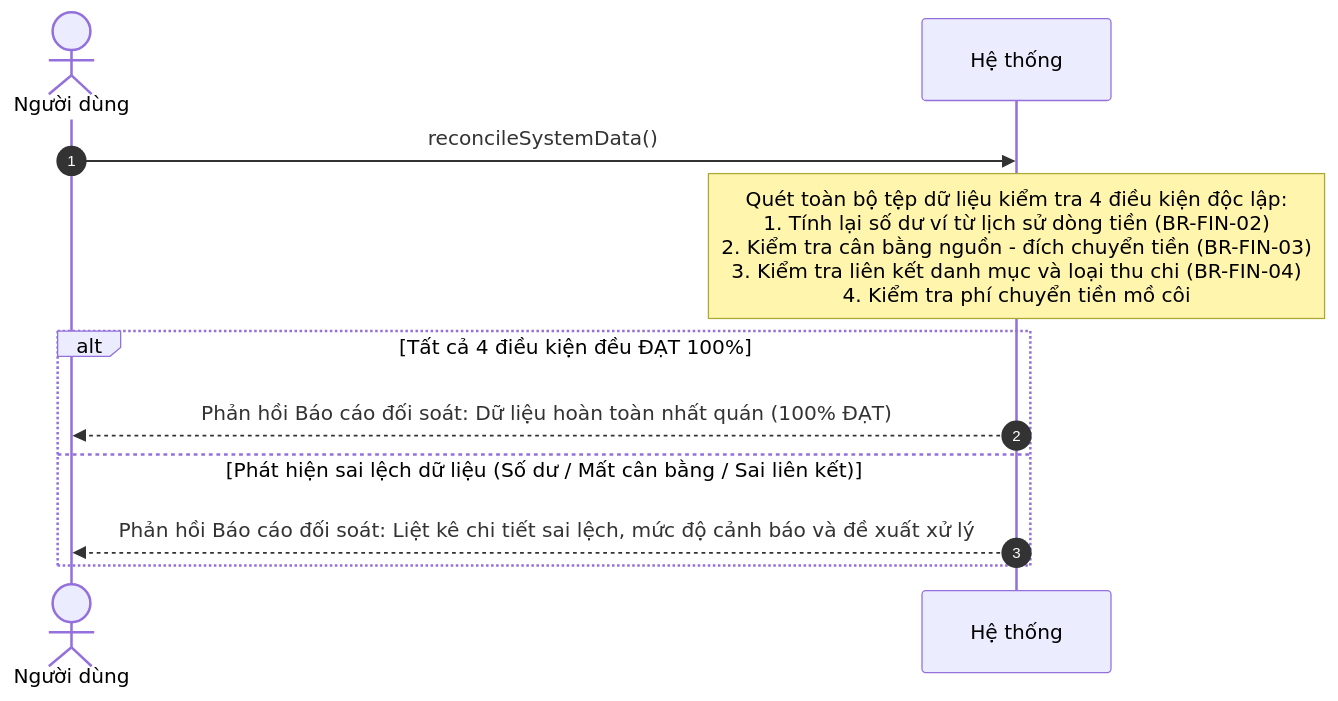
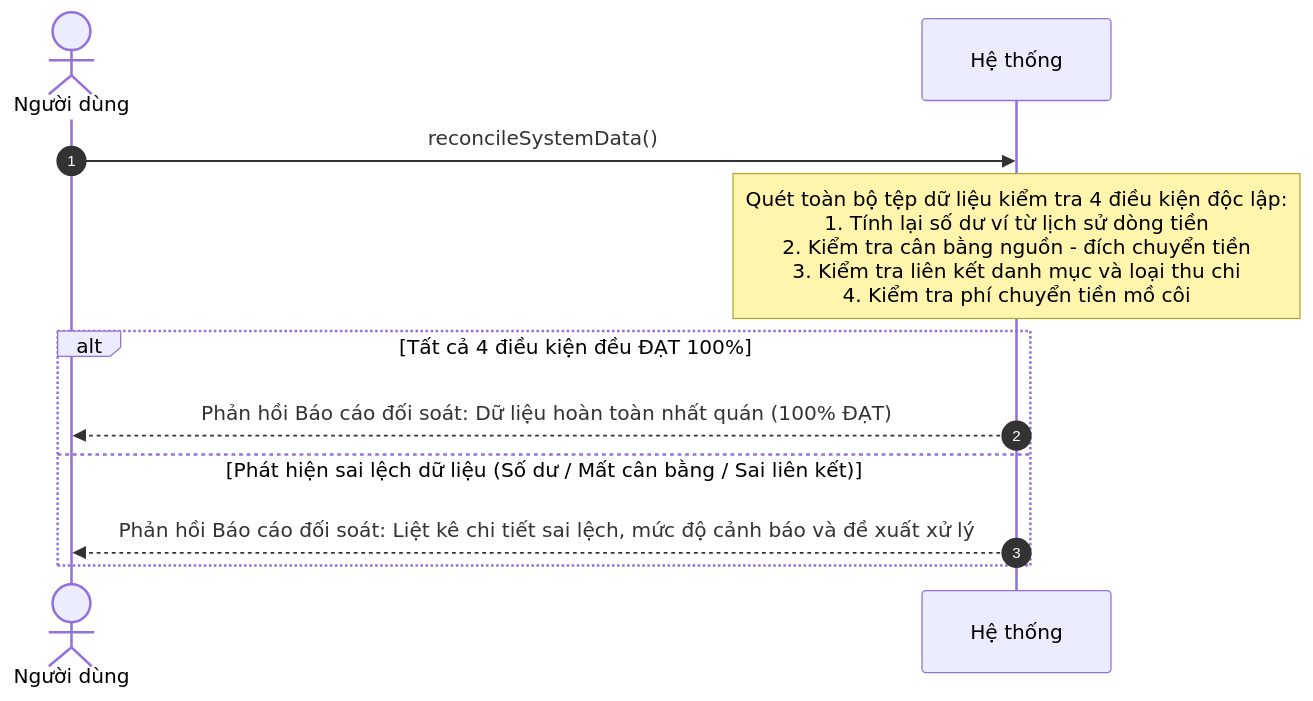
The ninth of 9 diagrams in docs/object-oriented-analysis/03-so-do-tuan-tu-he-thong-ssd.md (mynhleeh/pfms-oop), drawn with Mermaid before and after one commit. The commit also changed other lines of this file and 1 other file, not shown here.

````diff
--- a/docs/object-oriented-analysis/03-so-do-tuan-tu-he-thong-ssd.md
+++ b/docs/object-oriented-analysis/03-so-do-tuan-tu-he-thong-ssd.md
@@ -579,14 +579,14 @@
 ```mermaid
 sequenceDiagram
     autonumber
     actor User as Người dùng
     participant System as Hệ thống
 
     User->>System: reconcileSystemData()
-    Note over System: Quét toàn bộ tệp dữ liệu kiểm tra 4 điều kiện độc lập:<br/>1. Tính lại số dư ví từ lịch sử dòng tiền (BR-FIN-02)<br/>2. Kiểm tra cân bằng nguồn - đích chuyển tiền (BR-FIN-03)<br/>3. Kiểm tra liên kết danh mục và loại thu chi (BR-FIN-04)<br/>4. Kiểm tra phí chuyển tiền mồ côi
+    Note over System: Quét toàn bộ tệp dữ liệu kiểm tra 4 điều kiện độc lập:<br/>1. Tính lại số dư ví từ lịch sử dòng tiền<br/>2. Kiểm tra cân bằng nguồn - đích chuyển tiền<br/>3. Kiểm tra liên kết danh mục và loại thu chi<br/>4. Kiểm tra phí chuyển tiền mồ côi
     alt Tất cả 4 điều kiện đều ĐẠT 100%
         System-->>User: Phản hồi Báo cáo đối soát: Dữ liệu hoàn toàn nhất quán (100% ĐẠT)
     else Phát hiện sai lệch dữ liệu (Số dư / Mất cân bằng / Sai liên kết)
         System-->>User: Phản hồi Báo cáo đối soát: Liệt kê chi tiết sai lệch, mức độ cảnh báo và đề xuất xử lý
     end
 ```
````
